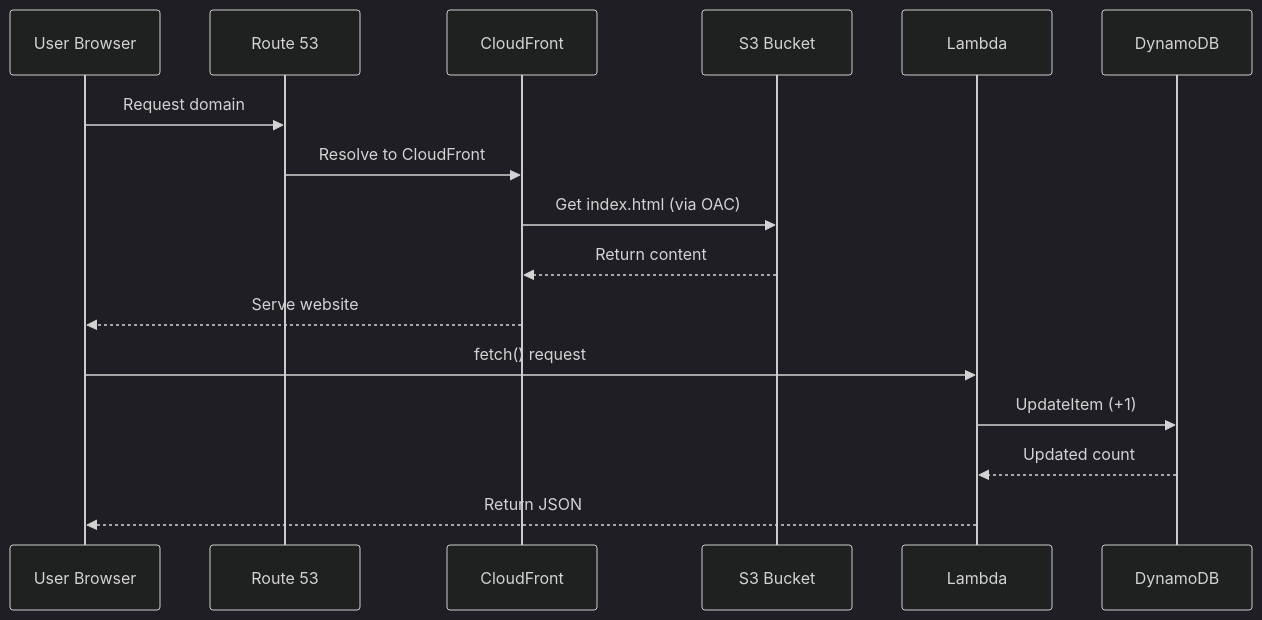
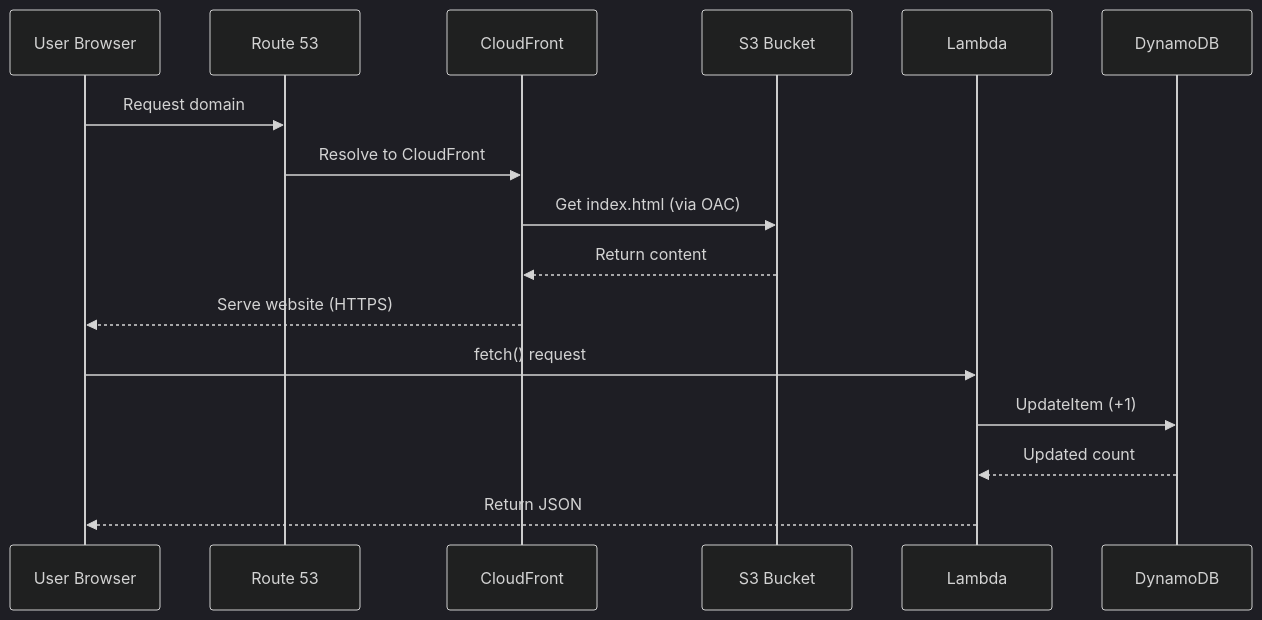
Before and after one commit to smjoshi28/cloud-resume-challenge: the second of 3 diagrams in README.md, drawn with Mermaid (dark theme). The commit also changed other lines of this file, not shown here.

First line of the commit message:
Refine README content and diagrams for clarity

````diff
--- a/README.md
+++ b/README.md
@@ -13,21 +37,21 @@
 ```mermaid
 sequenceDiagram
 
 participant U as User Browser
 participant R as Route 53
 participant CF as CloudFront
 participant S3 as S3 Bucket
 participant L as Lambda
 participant DB as DynamoDB
 
 U->>R: Request domain
 R->>CF: Resolve to CloudFront
 CF->>S3: Get index.html (via OAC)
 S3-->>CF: Return content
-CF-->>U: Serve website
+CF-->>U: Serve website (HTTPS)
 
 U->>L: fetch() request
 L->>DB: UpdateItem (+1)
 DB-->>L: Updated count
 L-->>U: Return JSON
 ```
````
